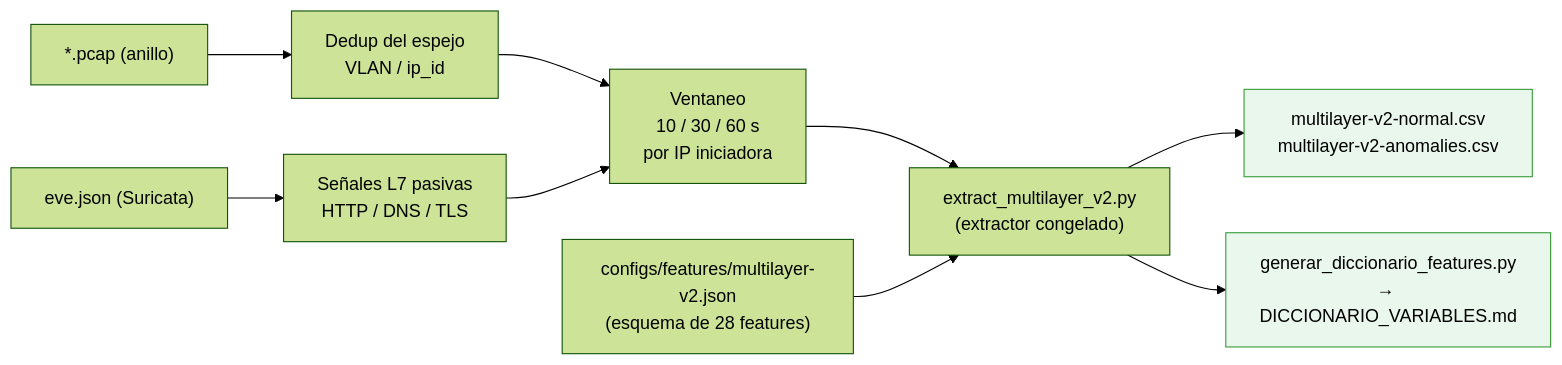
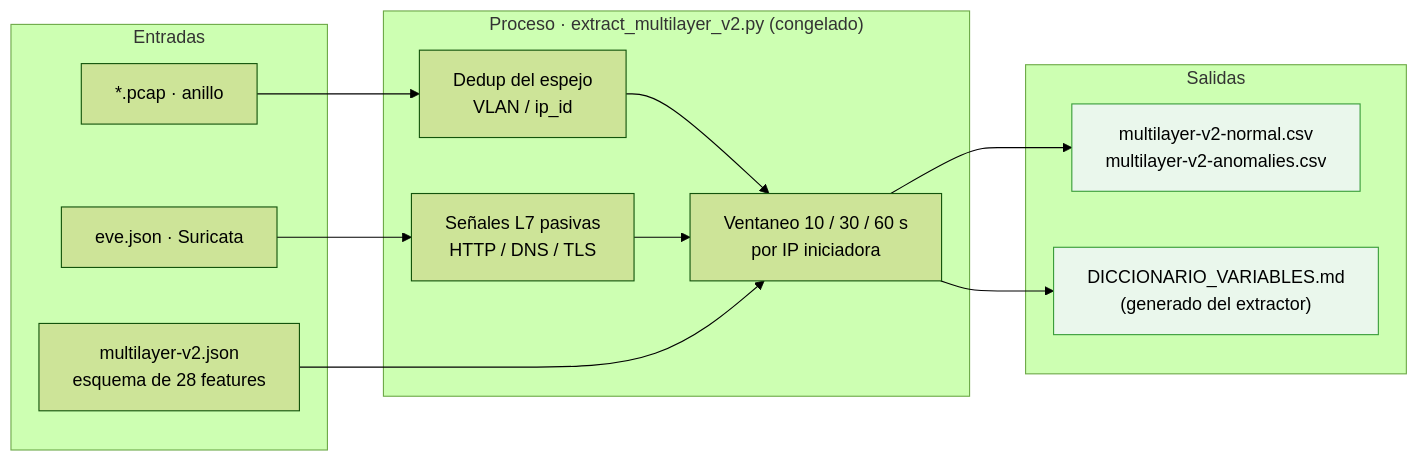
One commit to marksato13/VF-PPI-TESIS-ORQUESTACION changed the diagram in 02-metodologia/metodologia-7-fases/F2-preprocesamiento-y-features.md. Above: the diagram before and after it, drawn with Mermaid (forest theme). The commit also changed other lines of this file and 6 other files, not shown here.

````diff
--- a/02-metodologia/metodologia-7-fases/F2-preprocesamiento-y-features.md
+++ b/02-metodologia/metodologia-7-fases/F2-preprocesamiento-y-features.md
@@ -10,14 +11,24 @@
 ```mermaid
 flowchart LR
-  PCAP["*.pcap (anillo)"] --> DEDUP["Dedup del espejo<br/>VLAN / ip_id"]
-  EVE["eve.json (Suricata)"] --> L7["Señales L7 pasivas<br/>HTTP / DNS / TLS"]
-  DEDUP --> WIN["Ventaneo<br/>10 / 30 / 60 s<br/>por IP iniciadora"]
-  L7 --> WIN
-  WIN --> EXT["extract_multilayer_v2.py<br/>(extractor congelado)"]
-  SCH["configs/features/multilayer-v2.json<br/>(esquema de 28 features)"] --> EXT
-  EXT --> CSV["multilayer-v2-normal.csv<br/>multilayer-v2-anomalies.csv"]
-  EXT --> DIC["generar_diccionario_features.py<br/>→ DICCIONARIO_VARIABLES.md"]
-
+  subgraph ENT["Entradas"]
+    PCAP["*.pcap · anillo"]
+    EVE["eve.json · Suricata"]
+    SCH["multilayer-v2.json<br/>esquema de 28 features"]
+  end
+  subgraph PROC["Proceso · extract_multilayer_v2.py (congelado)"]
+    DEDUP["Dedup del espejo<br/>VLAN / ip_id"]
+    L7["Señales L7 pasivas<br/>HTTP / DNS / TLS"]
+    WIN["Ventaneo 10 / 30 / 60 s<br/>por IP iniciadora"]
+  end
+  subgraph OUT["Salidas"]
+    CSV["multilayer-v2-normal.csv<br/>multilayer-v2-anomalies.csv"]
+    DIC["DICCIONARIO_VARIABLES.md<br/>(generado del extractor)"]
+  end
+  PCAP --> DEDUP --> WIN
+  EVE --> L7 --> WIN
+  SCH --> WIN
+  WIN --> CSV
+  WIN --> DIC
   classDef out fill:#EAF7EC,stroke:#3A9D3A;
   class CSV,DIC out;
 ```
````
